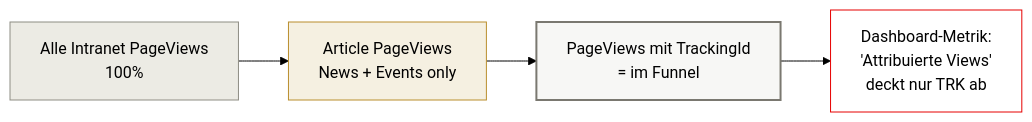
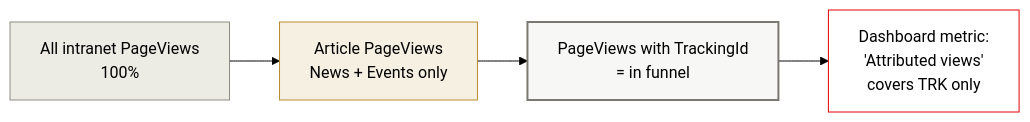
Before and after one commit to dallmi/Databricks: the seventh of 7 diagrams in docs/architecture_diagram.md, drawn with Mermaid (forest theme). The commit also changed other lines of this file and 55 other files, not shown here.

````diff
--- a/docs/architecture_diagram.md
+++ b/docs/architecture_diagram.md
@@ -324,21 +324,21 @@
 ```mermaid
 flowchart LR
-    ALL[Alle Intranet PageViews<br/>100%]
+    ALL[All intranet PageViews<br/>100%]
     ART[Article PageViews<br/>News + Events only]
-    TRK[PageViews mit TrackingId<br/>= im Funnel]
+    TRK[PageViews with TrackingId<br/>= in funnel]
     
     ALL --> ART
     ART --> TRK
 
-    N[Dashboard-Metrik:<br/>'Attribuierte Views'<br/>deckt nur TRK ab]
+    N[Dashboard metric:<br/>'Attributed views'<br/>covers TRK only]
     TRK --> N
 
     classDef all fill:#ECEBE4,stroke:#8E8D83;
     classDef art fill:#F5F0E1,stroke:#B98E2C;
     classDef trk fill:#F7F7F5,stroke:#7A7870,stroke-width:2px;
     classDef note fill:#FFFFFF,stroke:#E60000;
     class ALL all;
     class ART art;
     class TRK trk;
     class N note;
 ```
````
